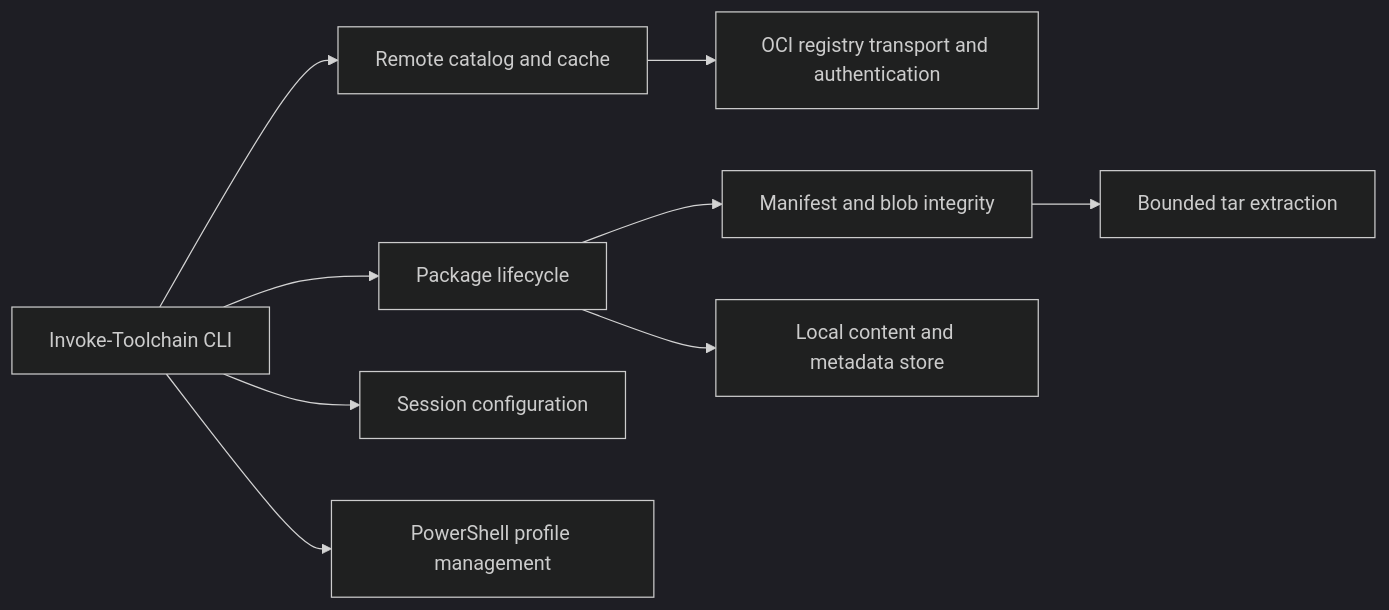
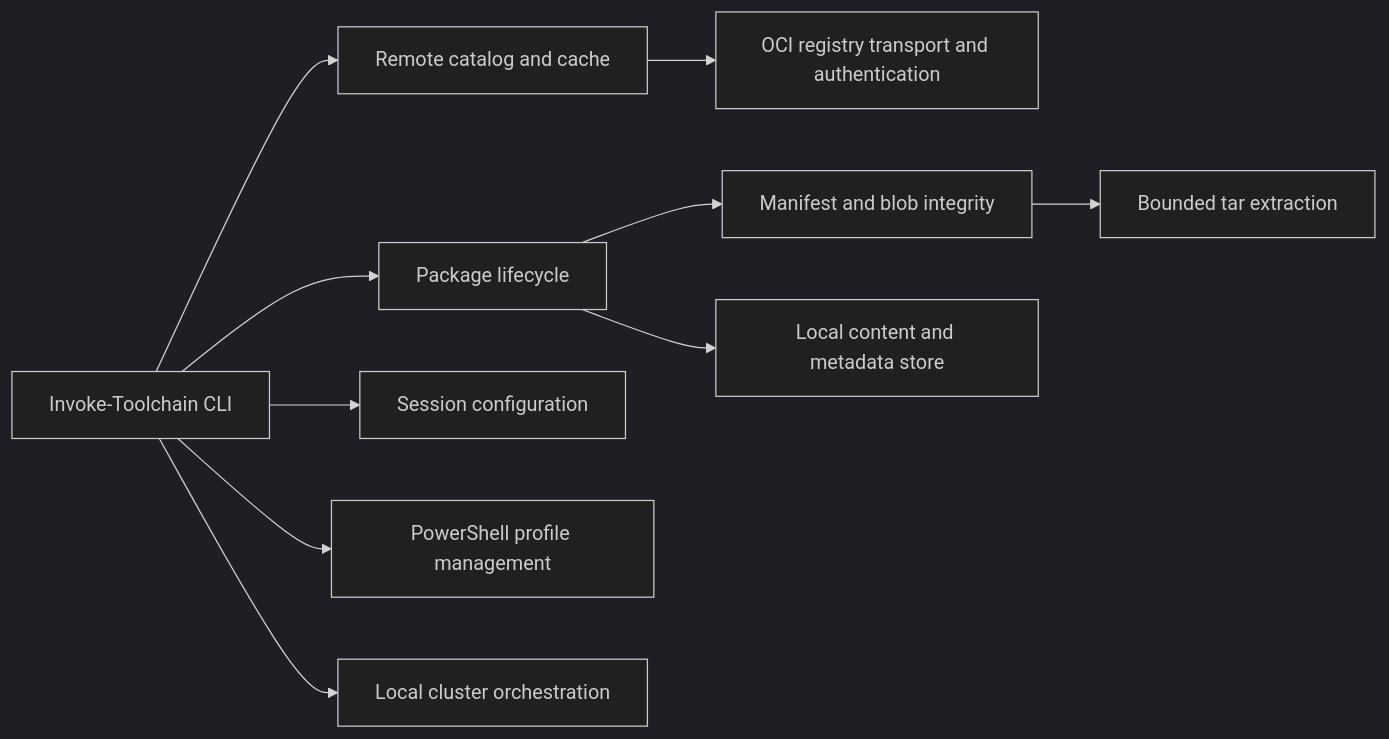
The diagram in doc/architecture.md (allsagetech/Toolchain), drawn with Mermaid (dark theme) before and after one commit. The commit also changed other lines of this file and 11 other files, not shown here.

````diff
--- a/doc/architecture.md
+++ b/doc/architecture.md
@@ -6,11 +6,12 @@
 ```mermaid
 flowchart LR
     CLI["Invoke-Toolchain CLI"] --> Catalog["Remote catalog and cache"]
     CLI --> Lifecycle["Package lifecycle"]
     CLI --> Shell["Session configuration"]
     CLI --> Profile["PowerShell profile management"]
+    CLI --> Cluster["Local cluster orchestration"]
     Catalog --> Transport["OCI registry transport and authentication"]
     Lifecycle --> Registry["Manifest and blob integrity"]
     Registry --> Archive["Bounded tar extraction"]
     Lifecycle --> Store["Local content and metadata store"]
 ```
````
